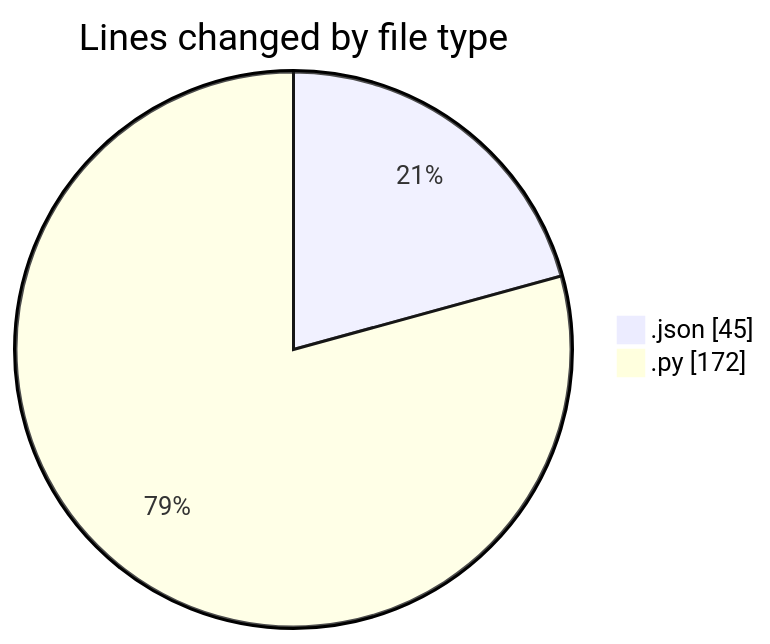
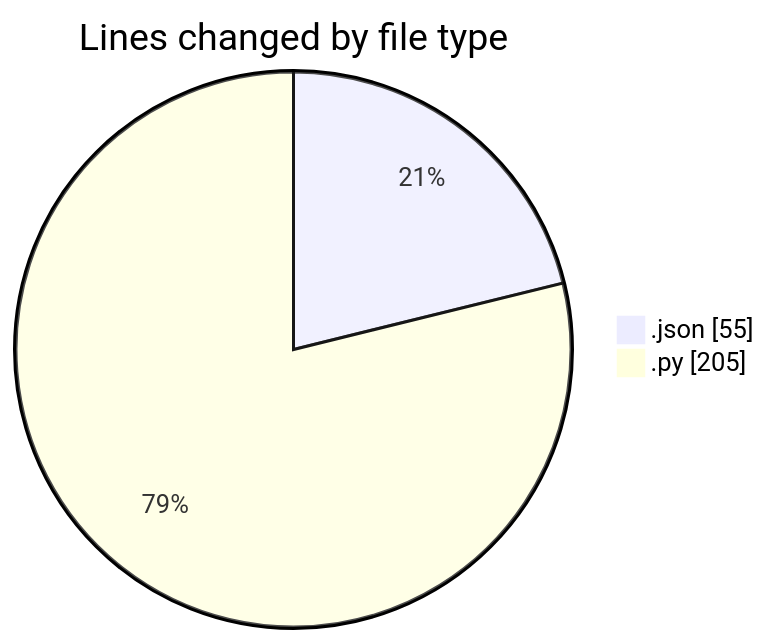
One commit to MatusMokan/code-tracking changed the first of 2 diagrams in 2025-10-08/untitled__workspace_/README.md. Above: the diagram before and after it, drawn with Mermaid. The commit also changed other lines of this file and 1 other file, not shown here.

````diff
--- a/2025-10-08/untitled__workspace_/README.md
+++ b/2025-10-08/untitled__workspace_/README.md
@@ -22,6 +22,6 @@
 ```mermaid
 pie showData
 title Lines changed by file type
-".json" : 45
-".py" : 172
+".json" : 55
+".py" : 205
 ```
````
